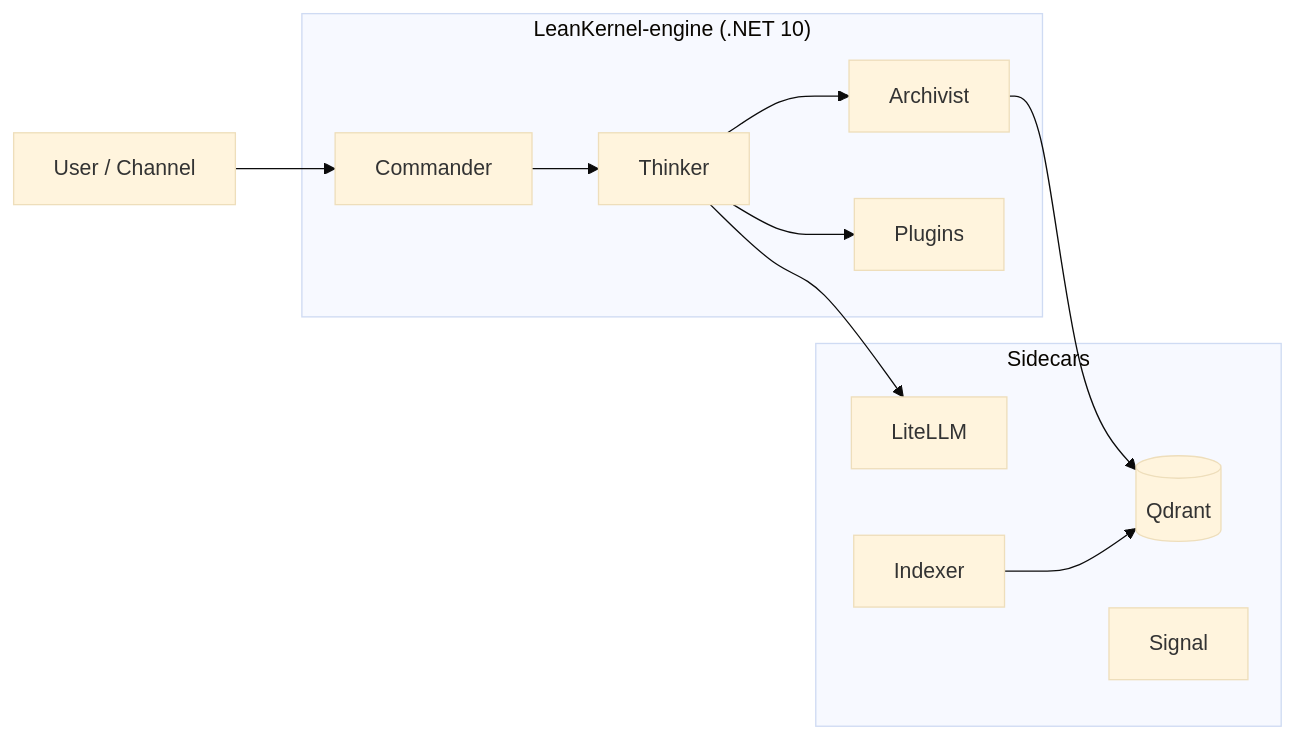
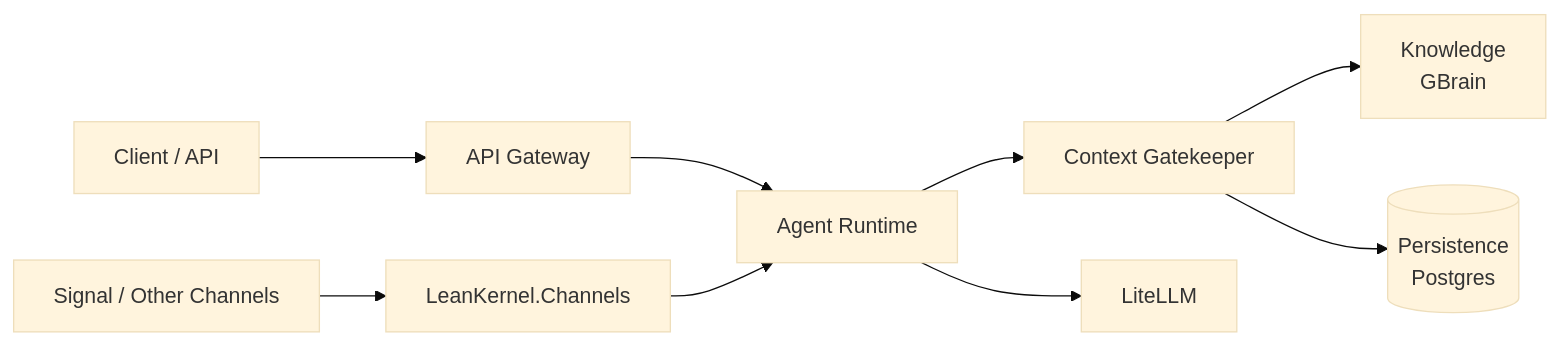
One commit to achingono/leankernel changed the diagram in docs/architecture/index.md. Above: the diagram before and after it, drawn with Mermaid (base theme). The commit also changed other lines of this file and 86 other files, not shown here.

First line of the commit message:
docs: add rearchitecture documentation suite

````diff
--- a/docs/architecture/index.md
+++ b/docs/architecture/index.md
@@ -17,21 +20,11 @@
 ```mermaid
 flowchart LR
-    User[User / Channel] --> Commander
-
-    subgraph Engine["LeanKernel-engine (.NET 10)"]
-        Commander --> Thinker
-        Thinker --> Archivist
-        Thinker --> Plugins
-    end
-
-    subgraph Sidecars
-        LiteLLM[LiteLLM]
-        Qdrant[(Qdrant)]
-        Indexer[Indexer]
-        Signal[Signal]
-    end
-
-    Thinker --> LiteLLM
-    Archivist --> Qdrant
-    Indexer --> Qdrant
+    Client[Client / API] --> Gateway[API Gateway]
+    Signal[Signal / Other Channels] --> Channels[LeanKernel.Channels]
+    Gateway --> Runtime[Agent Runtime]
+    Channels --> Runtime
+    Runtime --> Gatekeeper[Context Gatekeeper]
+    Gatekeeper --> Knowledge[Knowledge\nGBrain]
+    Gatekeeper --> Persistence[(Persistence\nPostgres)]
+    Runtime --> LiteLLM[LiteLLM]
 ```
````
